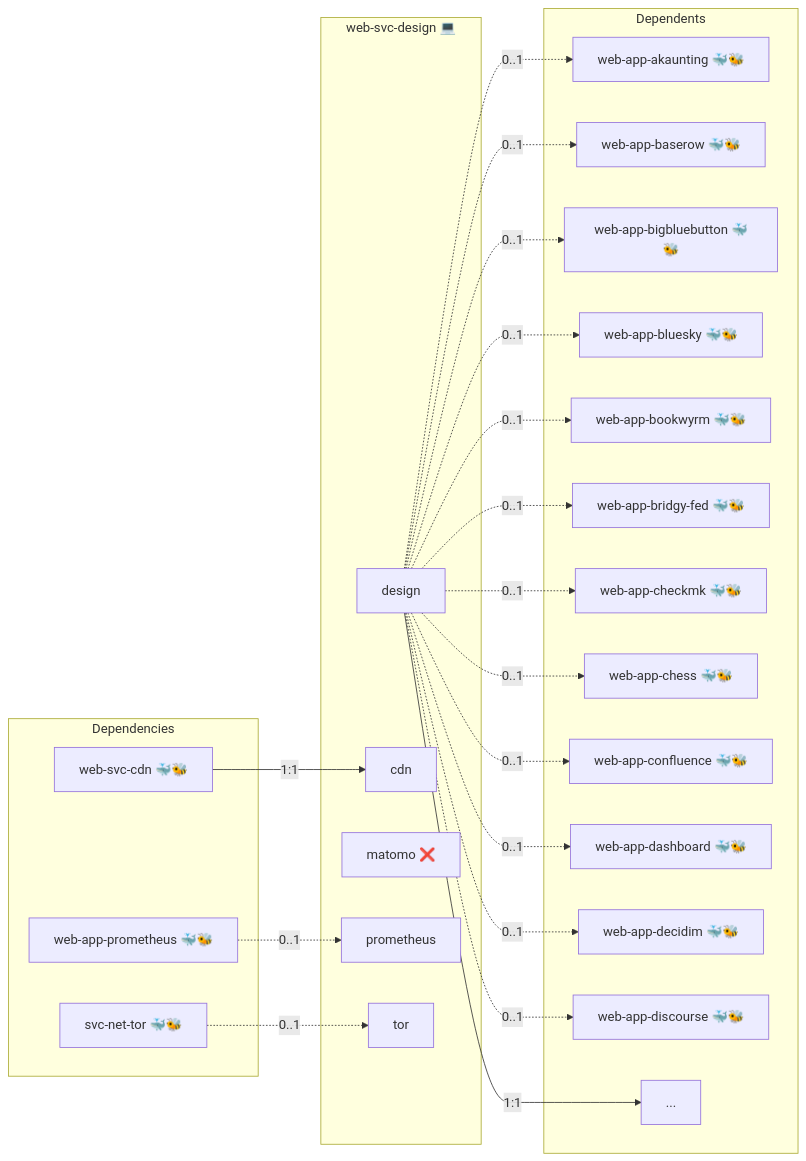
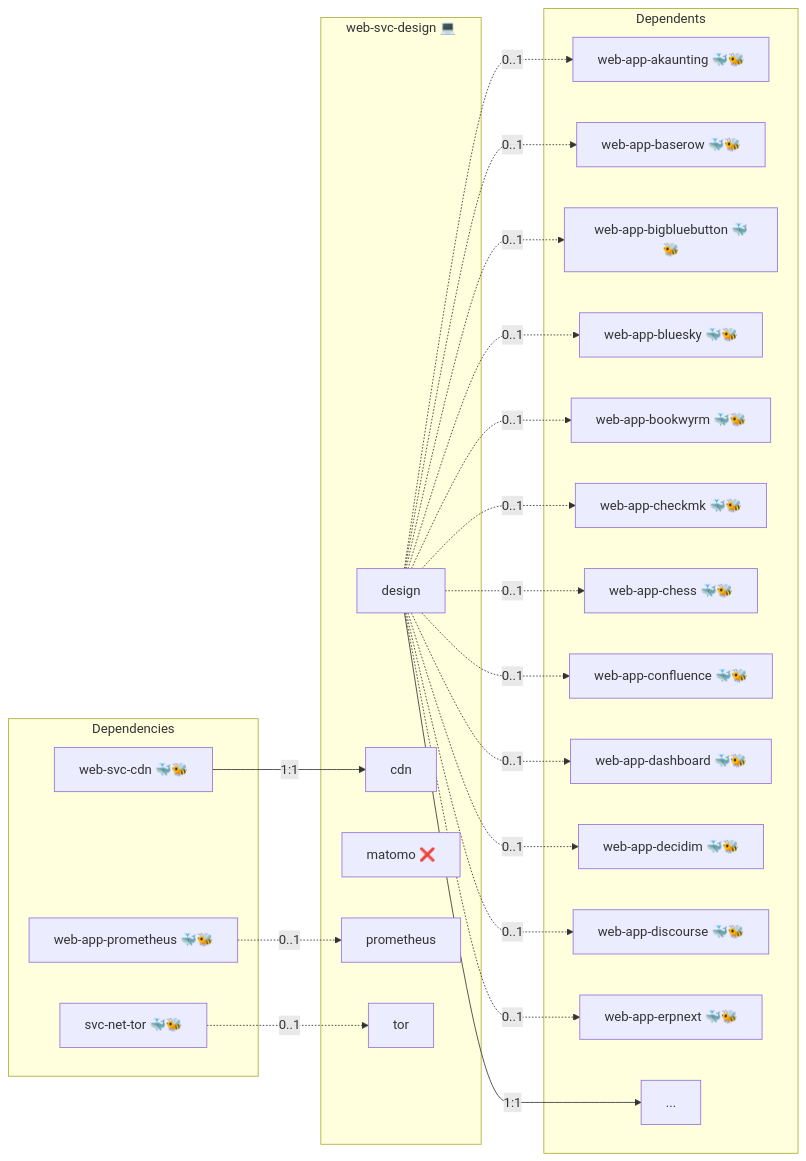
The diagram in roles/web-svc-design/README.md (infinito-nexus/core), drawn with Mermaid before and after one commit. The commit also changed 32 other files, not shown here.

````diff
--- a/roles/web-svc-design/README.md
+++ b/roles/web-svc-design/README.md
@@ -30,46 +30,46 @@
 ```mermaid
 flowchart LR
     subgraph deps [Dependencies]
         dep_svc_net_tor["svc-net-tor 🐳🐝"]
         dep_web_app_prometheus["web-app-prometheus 🐳🐝"]
         dep_web_svc_cdn["web-svc-cdn 🐳🐝"]
     end
     subgraph role [web-svc-design 💻]
         svc_design["design"]
         svc_cdn["cdn"]
         svc_matomo["matomo ❌"]
         svc_prometheus["prometheus"]
         svc_tor["tor"]
     end
     subgraph dependents [Dependents]
         dpt_web_app_akaunting["web-app-akaunting 🐳🐝"]
         dpt_web_app_baserow["web-app-baserow 🐳🐝"]
         dpt_web_app_bigbluebutton["web-app-bigbluebutton 🐳🐝"]
         dpt_web_app_bluesky["web-app-bluesky 🐳🐝"]
         dpt_web_app_bookwyrm["web-app-bookwyrm 🐳🐝"]
-        dpt_web_app_bridgy_fed["web-app-bridgy-fed 🐳🐝"]
         dpt_web_app_checkmk["web-app-checkmk 🐳🐝"]
         dpt_web_app_chess["web-app-chess 🐳🐝"]
         dpt_web_app_confluence["web-app-confluence 🐳🐝"]
         dpt_web_app_dashboard["web-app-dashboard 🐳🐝"]
         dpt_web_app_decidim["web-app-decidim 🐳🐝"]
         dpt_web_app_discourse["web-app-discourse 🐳🐝"]
+        dpt_web_app_erpnext["web-app-erpnext 🐳🐝"]
         dpt_more["..."]
     end
     dep_svc_net_tor -. "0..1" .-> svc_tor
     dep_web_app_prometheus -. "0..1" .-> svc_prometheus
     dep_web_svc_cdn -- "1:1" --> svc_cdn
     svc_design -- "1:1" --> dpt_more
     svc_design -. "0..1" .-> dpt_web_app_akaunting
     svc_design -. "0..1" .-> dpt_web_app_baserow
     svc_design -. "0..1" .-> dpt_web_app_bigbluebutton
     svc_design -. "0..1" .-> dpt_web_app_bluesky
     svc_design -. "0..1" .-> dpt_web_app_bookwyrm
-    svc_design -. "0..1" .-> dpt_web_app_bridgy_fed
     svc_design -. "0..1" .-> dpt_web_app_checkmk
     svc_design -. "0..1" .-> dpt_web_app_chess
     svc_design -. "0..1" .-> dpt_web_app_confluence
     svc_design -. "0..1" .-> dpt_web_app_dashboard
     svc_design -. "0..1" .-> dpt_web_app_decidim
     svc_design -. "0..1" .-> dpt_web_app_discourse
+    svc_design -. "0..1" .-> dpt_web_app_erpnext
 ```
````
